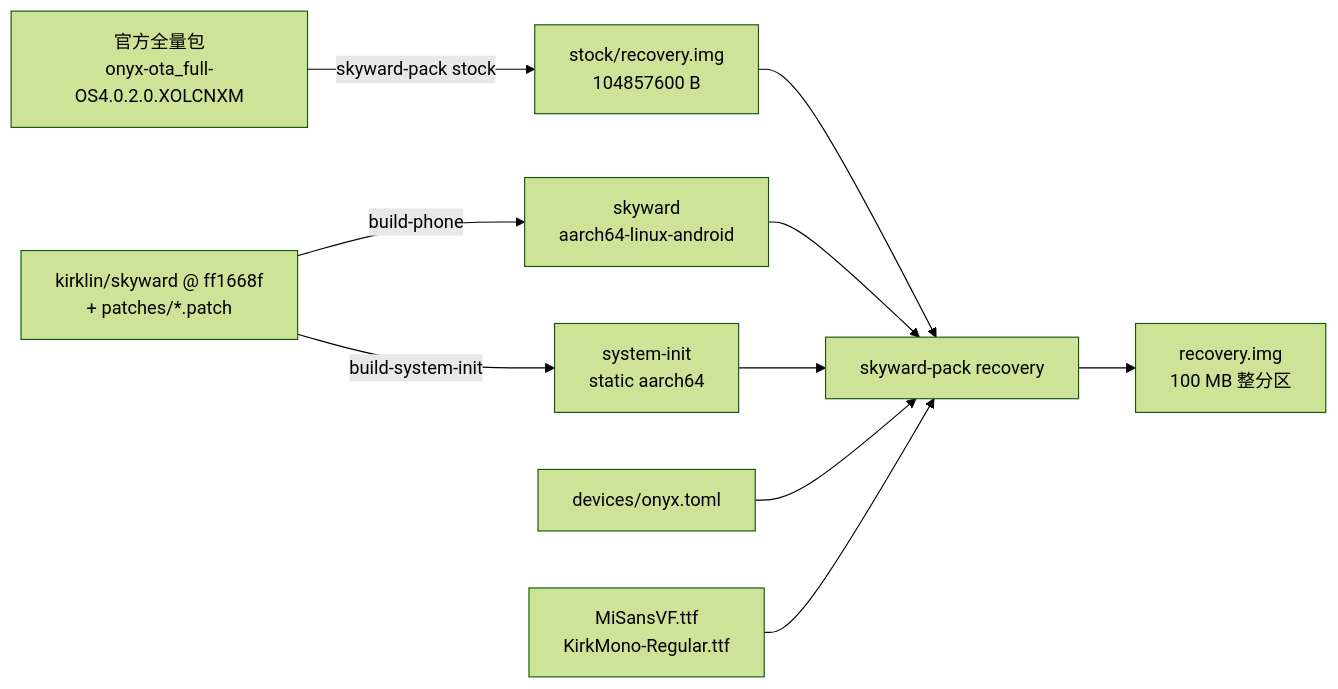
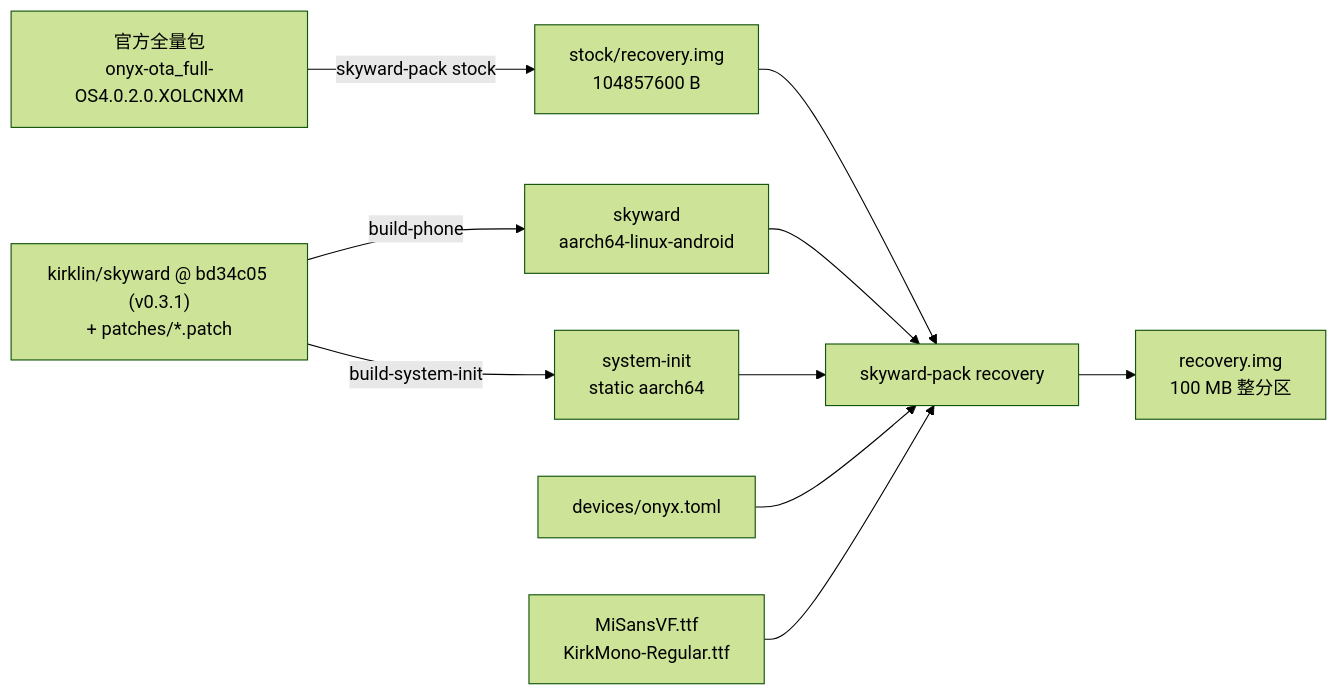
One commit to Remoparrot/skyward-onyx changed the first of 4 diagrams in docs/02-architecture.md. Above: the diagram before and after it, drawn with Mermaid (forest theme). The commit also changed other lines of this file and 27 other files, not shown here.

````diff
--- a/docs/02-architecture.md
+++ b/docs/02-architecture.md
@@ -13,12 +13,12 @@
 ```mermaid
 flowchart LR
   OTA["官方全量包<br/>onyx-ota_full-OS4.0.2.0.XOLCNXM"] -->|"skyward-pack stock"| STOCK["stock/recovery.img<br/>104857600 B"]
-  UP["kirklin/skyward @ ff1668f<br/>+ patches/*.patch"] -->|"build-phone"| BIN["skyward<br/>aarch64-linux-android"]
+  UP["kirklin/skyward @ bd34c05 (v0.3.1)<br/>+ patches/*.patch"] -->|"build-phone"| BIN["skyward<br/>aarch64-linux-android"]
   UP -->|"build-system-init"| SYSINIT["system-init<br/>static aarch64"]
   STOCK --> PACK["skyward-pack recovery"]
   BIN --> PACK
   SYSINIT --> PACK
   CFG["devices/onyx.toml"] --> PACK
   FONT["MiSansVF.ttf<br/>KirkMono-Regular.ttf"] --> PACK
   PACK --> IMG["recovery.img<br/>100 MB 整分区"]
 ```
````
